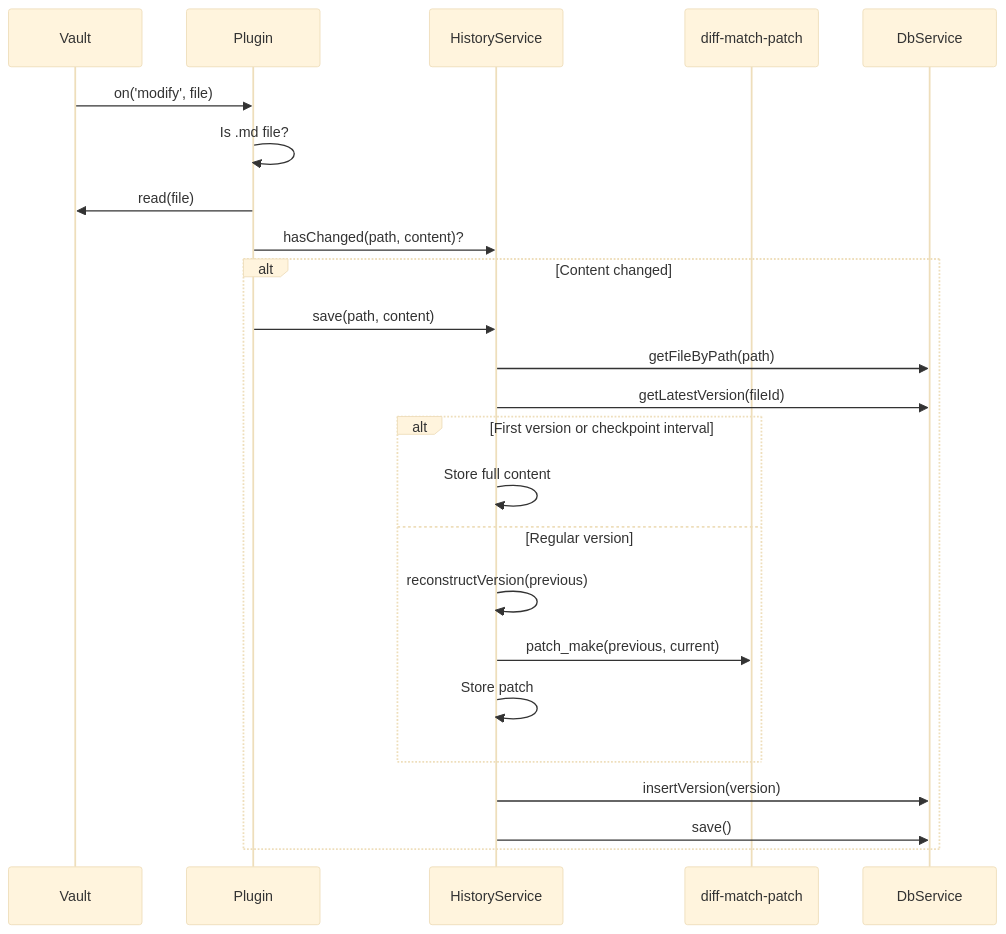
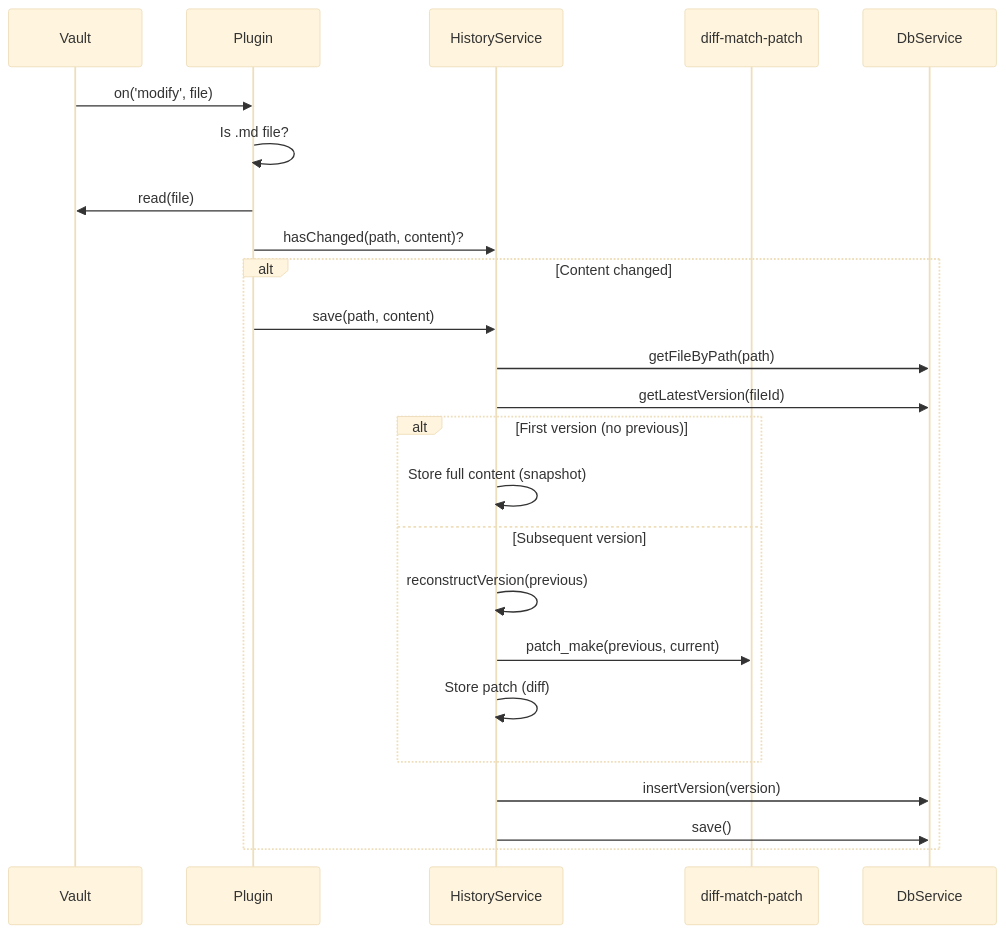
Before and after one commit to thspinto/obsync: the third of 9 diagrams in docs/architecture.md, drawn with Mermaid (base theme). The commit also changed other lines of this file and 5 other files, not shown here.

````diff
--- a/docs/architecture.md
+++ b/docs/architecture.md
@@ -102,30 +110,30 @@
 ```mermaid
 sequenceDiagram
     participant V as Vault
     participant P as Plugin
     participant H as HistoryService
     participant DMP as diff-match-patch
     participant DB as DbService
 
     V->>P: on('modify', file)
     P->>P: Is .md file?
     P->>V: read(file)
     P->>H: hasChanged(path, content)?
 
     alt Content changed
         P->>H: save(path, content)
         H->>DB: getFileByPath(path)
         H->>DB: getLatestVersion(fileId)
 
-        alt First version or checkpoint interval
-            H->>H: Store full content
-        else Regular version
+        alt First version (no previous)
+            H->>H: Store full content (snapshot)
+        else Subsequent version
             H->>H: reconstructVersion(previous)
             H->>DMP: patch_make(previous, current)
-            H->>H: Store patch
+            H->>H: Store patch (diff)
         end
 
         H->>DB: insertVersion(version)
         H->>DB: save()
     end
 ```
````
